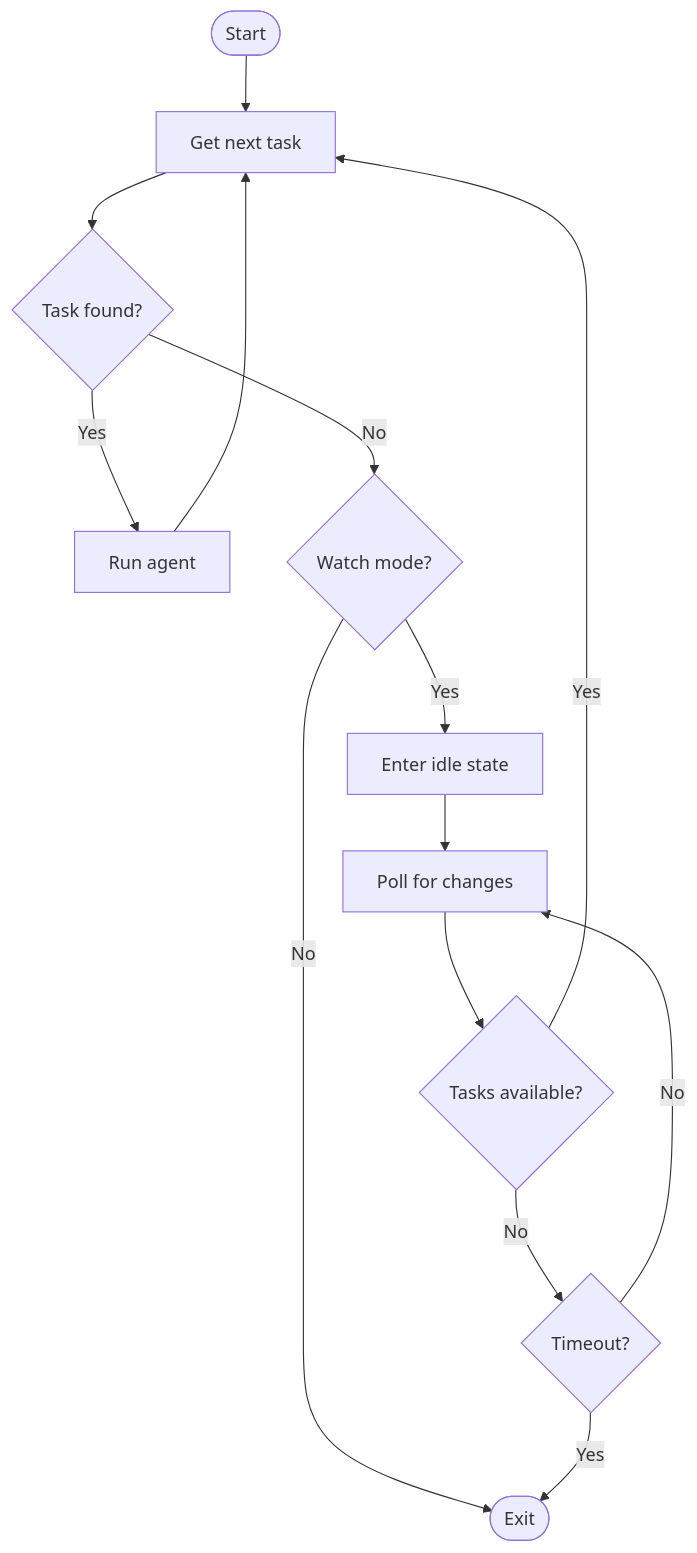
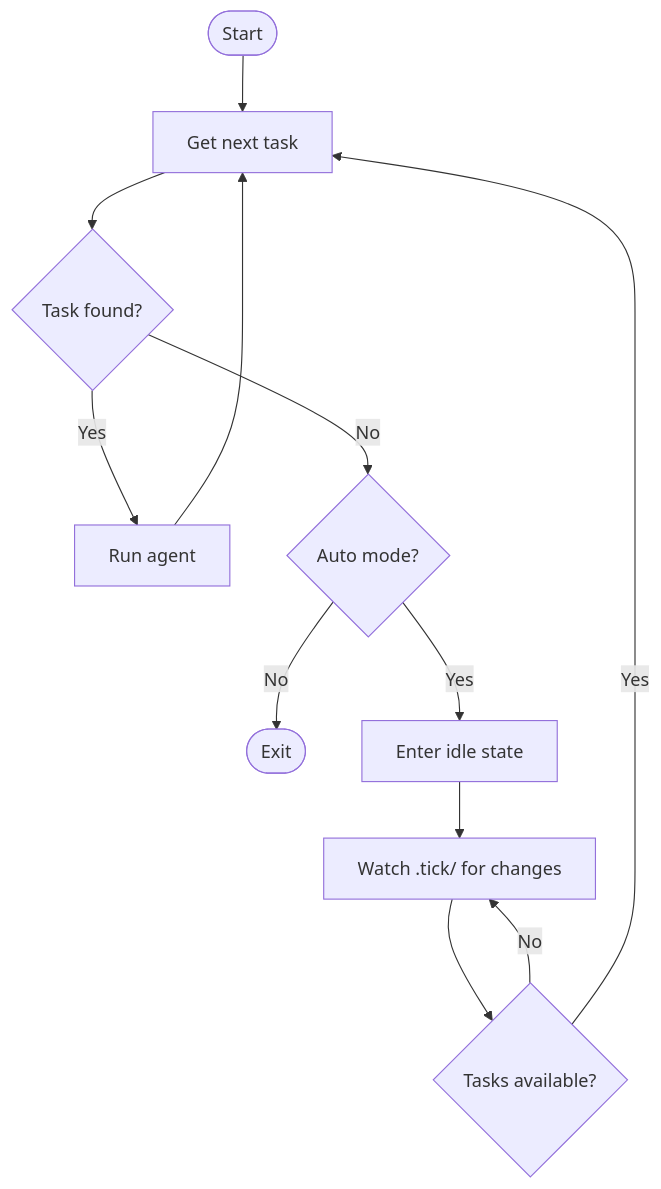
One commit to pengelbrecht/ticker changed diagram 11 of 11 in docs/AGENT_HUMAN_WORKFLOW.md. Above: the diagram before and after it, drawn with Mermaid. The commit also changed other lines of this file, not shown here.

````diff
--- a/docs/AGENT_HUMAN_WORKFLOW.md
+++ b/docs/AGENT_HUMAN_WORKFLOW.md
@@ -1391,22 +1391,19 @@
 ```mermaid
 flowchart TD
     Start([Start]) --> GetNext[Get next task]
     GetNext --> HasTask{Task found?}
 
     HasTask -->|Yes| RunAgent[Run agent]
     RunAgent --> GetNext
 
-    HasTask -->|No| WatchMode{Watch mode?}
+    HasTask -->|No| AutoMode{Auto mode?}
 
-    WatchMode -->|No| Exit([Exit])
-    WatchMode -->|Yes| Idle[Enter idle state]
+    AutoMode -->|No| Exit([Exit])
+    AutoMode -->|Yes| Idle[Enter idle state]
 
-    Idle --> Poll[Poll for changes]
-    Poll --> Changed{Tasks available?}
+    Idle --> Watch[Watch .tick/ for changes]
+    Watch --> Changed{Tasks available?}
 
-    Changed -->|No| CheckTimeout{Timeout?}
-    CheckTimeout -->|No| Poll
-    CheckTimeout -->|Yes| Exit
-
+    Changed -->|No| Watch
     Changed -->|Yes| GetNext
 ```
````
